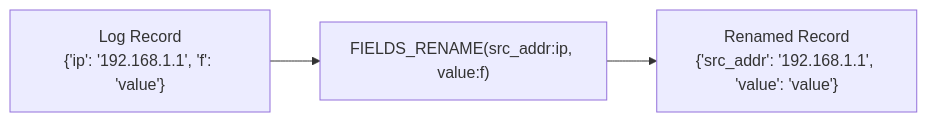
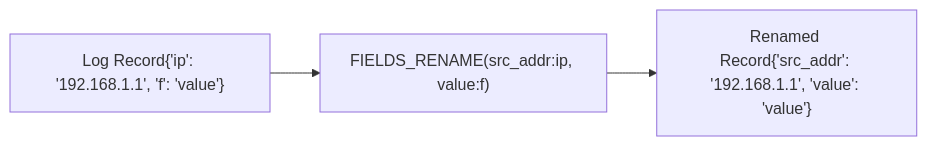
One commit to Marc-Nueno-Montolio/EC_onsite changed the fourth of 18 diagrams in app/courses/01-log-monitoring/sections/05-create-log-processing-rules/content.md. Above: the diagram before and after it, drawn with Mermaid. The commit also changed other lines of this file and 7 other files, not shown here.

````diff
--- a/app/courses/01-log-monitoring/sections/05-create-log-processing-rules/content.md
+++ b/app/courses/01-log-monitoring/sections/05-create-log-processing-rules/content.md
@@ -71,6 +75,6 @@
-	```mermaid
+```mermaid
 	graph LR
-	    A["Log Record<br>{'ip': '192.168.1.1', 'f': 'value'}"] -->
-	    B["FIELDS_RENAME(src_addr:ip, value:f)"] -->
-	    C["Renamed Record<br>{'src_addr': '192.168.1.1', 'value': 'value'}"]
-	```
+	A["Log Record{'ip': '192.168.1.1', 'f': 'value'}"] -->
+	B["FIELDS_RENAME(src_addr:ip, value:f)"] -->
+	C["Renamed Record{'src_addr': '192.168.1.1', 'value': 'value'}"]
+```
````
